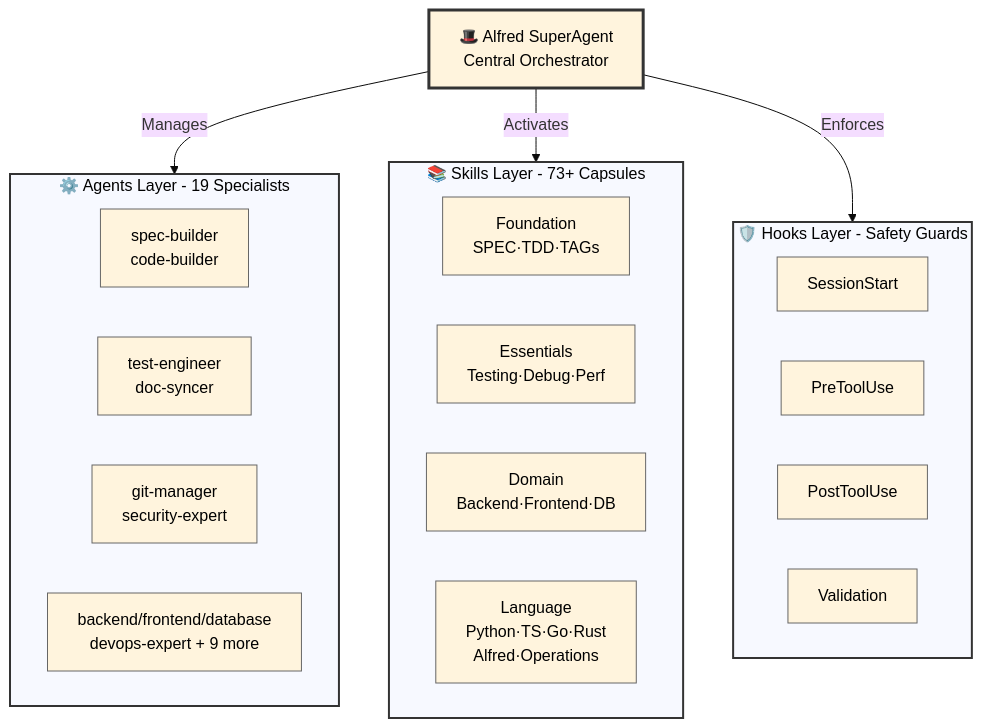
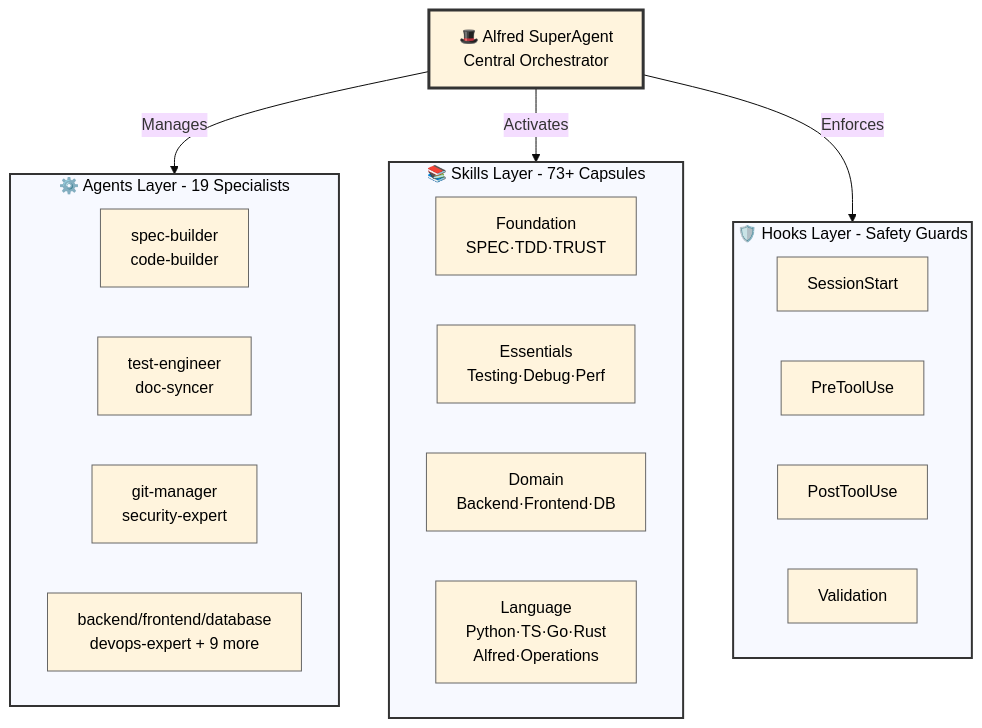
The second of 2 diagrams in README.md (modu-ai/moai-adk), drawn with Mermaid (base theme) before and after one commit. The commit also changed 380 other files, not shown here.

````diff
--- a/README.md
+++ b/README.md
@@ -1537,37 +1537,37 @@
 ```mermaid
 graph TD
     Alfred["🎩 Alfred SuperAgent<br/>Central Orchestrator"]
 
     subgraph Agents["⚙️ Agents Layer - 19 Specialists"]
         A1["spec-builder<br/>code-builder"]
         A2["test-engineer<br/>doc-syncer"]
         A3["git-manager<br/>security-expert"]
         A4["backend/frontend/database<br/>devops-expert + 9 more"]
     end
 
     subgraph Skills["📚 Skills Layer - 73+ Capsules"]
-        S1["Foundation<br/>SPEC·TDD·TAGs"]
+        S1["Foundation<br/>SPEC·TDD·TRUST"]
         S2["Essentials<br/>Testing·Debug·Perf"]
         S3["Domain<br/>Backend·Frontend·DB"]
         S4["Language<br/>Python·TS·Go·Rust<br/>Alfred·Operations"]
     end
 
     subgraph Hooks["🛡️ Hooks Layer - Safety Guards"]
         H1["SessionStart"]
         H2["PreToolUse"]
         H3["PostToolUse"]
         H4["Validation"]
     end
 
     Alfred -->|Manages| Agents
     Alfred -->|Activates| Skills
     Alfred -->|Enforces| Hooks
 
     classDef alfredNode stroke:#333,stroke-width:3px,color:#000
     classDef layerNode stroke:#333,stroke-width:2px,color:#000
     classDef componentNode stroke:#666,stroke-width:1px,color:#000
 
     class Alfred alfredNode
     class Agents,Skills,Hooks layerNode
     class A1,A2,A3,A4,S1,S2,S3,S4,H1,H2,H3,H4 componentNode
 ```
````
